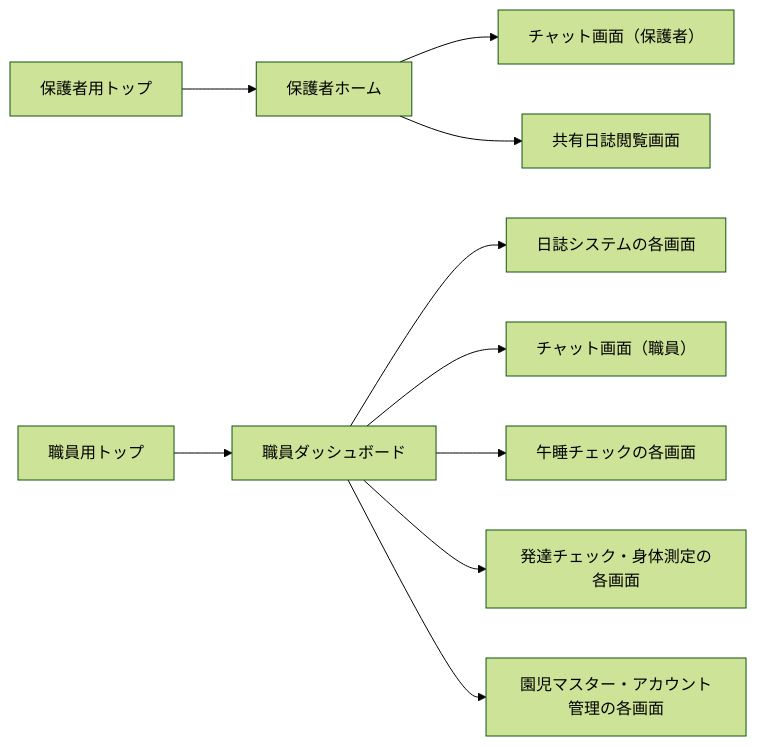
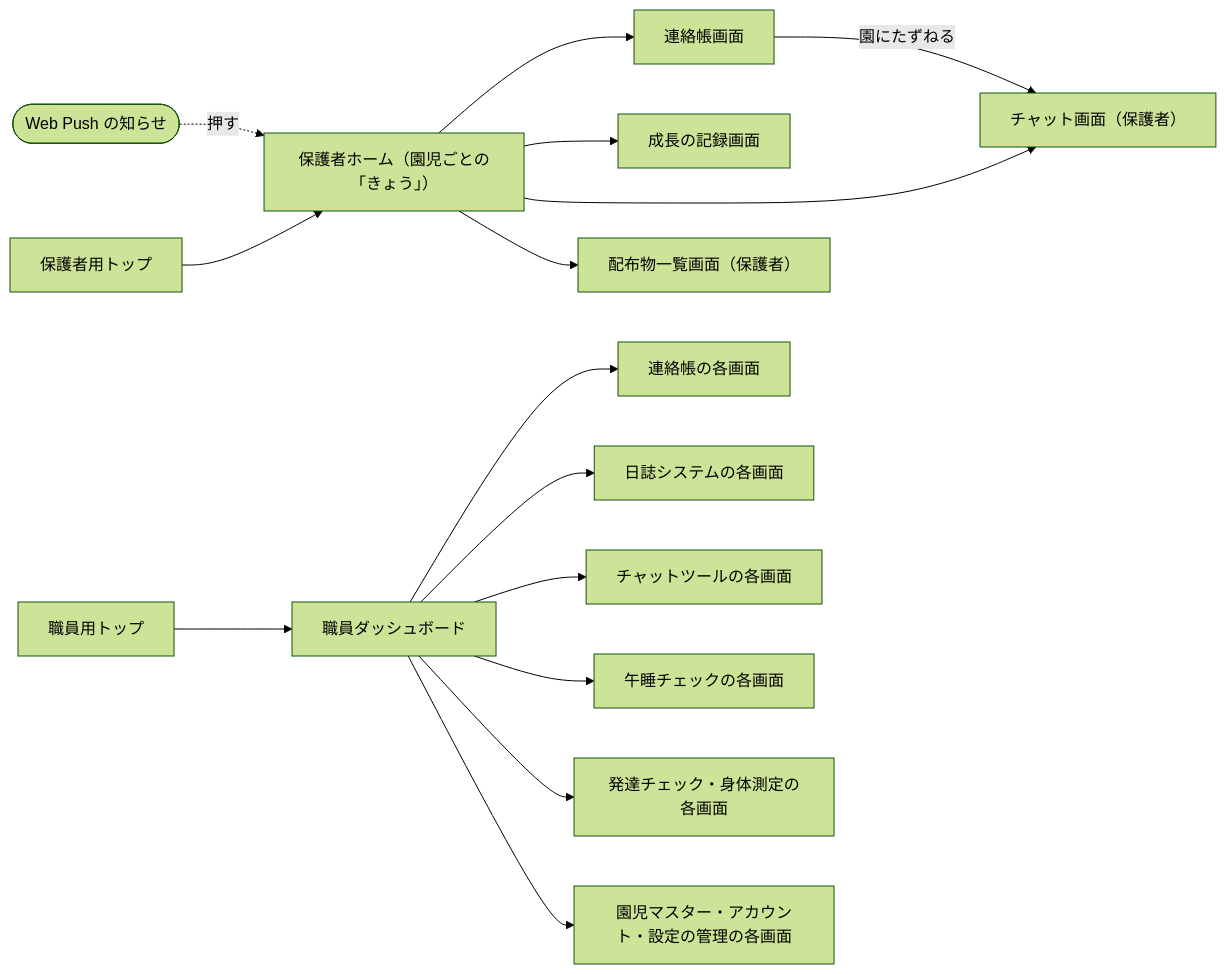
The first of 9 diagrams in 図/画面遷移図.md (issei0423/sukusuku_system), drawn with Mermaid (forest theme) before and after one commit. The commit also changed other lines of this file, not shown here.

First line of the commit message:
画面遷移図を第2.0版にし、基本設計書 第3.0版の42画面に合わせた：連絡帳の節を新しく置き、保護者の画面を連絡帳画面・成長の記録画面を含む9画面で作り直し、共有日誌閲覧画面と日誌の共有のカードの遷移を外し、保護者の通知の行き先を保護者ホームにし、職員の初回ログインの順番を書いた

````diff
--- a/図/画面遷移図.md
+++ b/図/画面遷移図.md
@@ -70,12 +84,17 @@
 ```mermaid
 flowchart LR
-    PT["保護者用トップ"] --> PH["保護者ホーム"]
+    WP(["Web Push の知らせ"]) -.->|押す| PH
+    PT["保護者用トップ"] --> PH["保護者ホーム（園児ごとの「きょう」）"]
     ST["職員用トップ"] --> SD["職員ダッシュボード"]
+    PH --> GCB["連絡帳画面"]
+    PH --> GGR["成長の記録画面"]
     PH --> GCHAT["チャット画面（保護者）"]
-    PH --> GDIARY["共有日誌閲覧画面"]
+    PH --> GH["配布物一覧画面（保護者）"]
+    GCB -->|園にたずねる| GCHAT
+    SD --> CB["連絡帳の各画面"]
     SD --> DIARY["日誌システムの各画面"]
-    SD --> SCHAT["チャット画面（職員）"]
+    SD --> SCHAT["チャットツールの各画面"]
     SD --> NAP["午睡チェックの各画面"]
     SD --> DEV["発達チェック・身体測定の各画面"]
-    SD --> MST["園児マスター・アカウント管理の各画面"]
+    SD --> MST["園児マスター・アカウント・設定の管理の各画面"]
 ```
````
